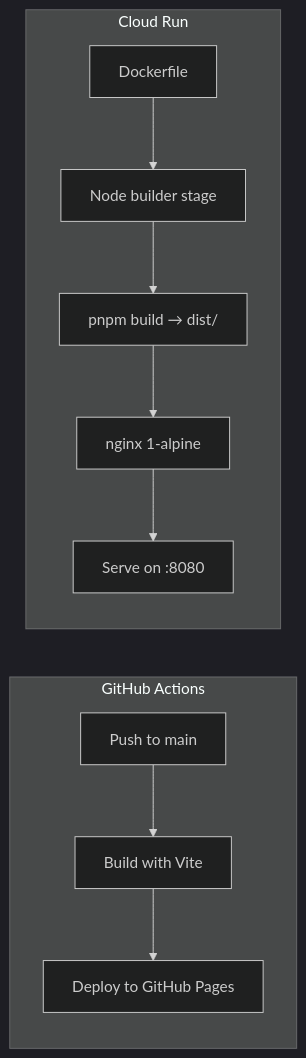
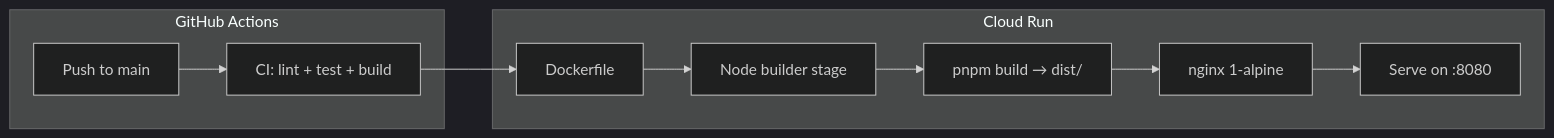
Before and after one commit to anchildress1/carbon-trace: the fourth of 4 diagrams in docs/architecture.md, drawn with Mermaid (dark theme). The commit also changed other lines of this file and 43 other files, not shown here.

````diff
--- a/docs/architecture.md
+++ b/docs/architecture.md
@@ -155,14 +157,15 @@
 ```mermaid
 flowchart LR
     subgraph CI["GitHub Actions"]
-        A[Push to main] --> B[Build with Vite]
-        B --> C[Deploy to GitHub Pages]
+        A[Push to main] --> B[CI: lint + test + build]
     end
 
     subgraph Docker["Cloud Run"]
         D[Dockerfile] --> E[Node builder stage]
         E --> F[pnpm build → dist/]
         F --> G[nginx 1-alpine]
         G --> H[Serve on :8080]
     end
+
+    B --> D
 ```
````
